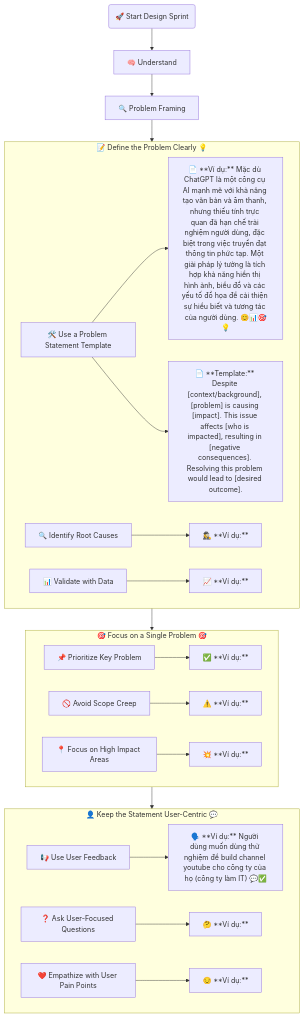
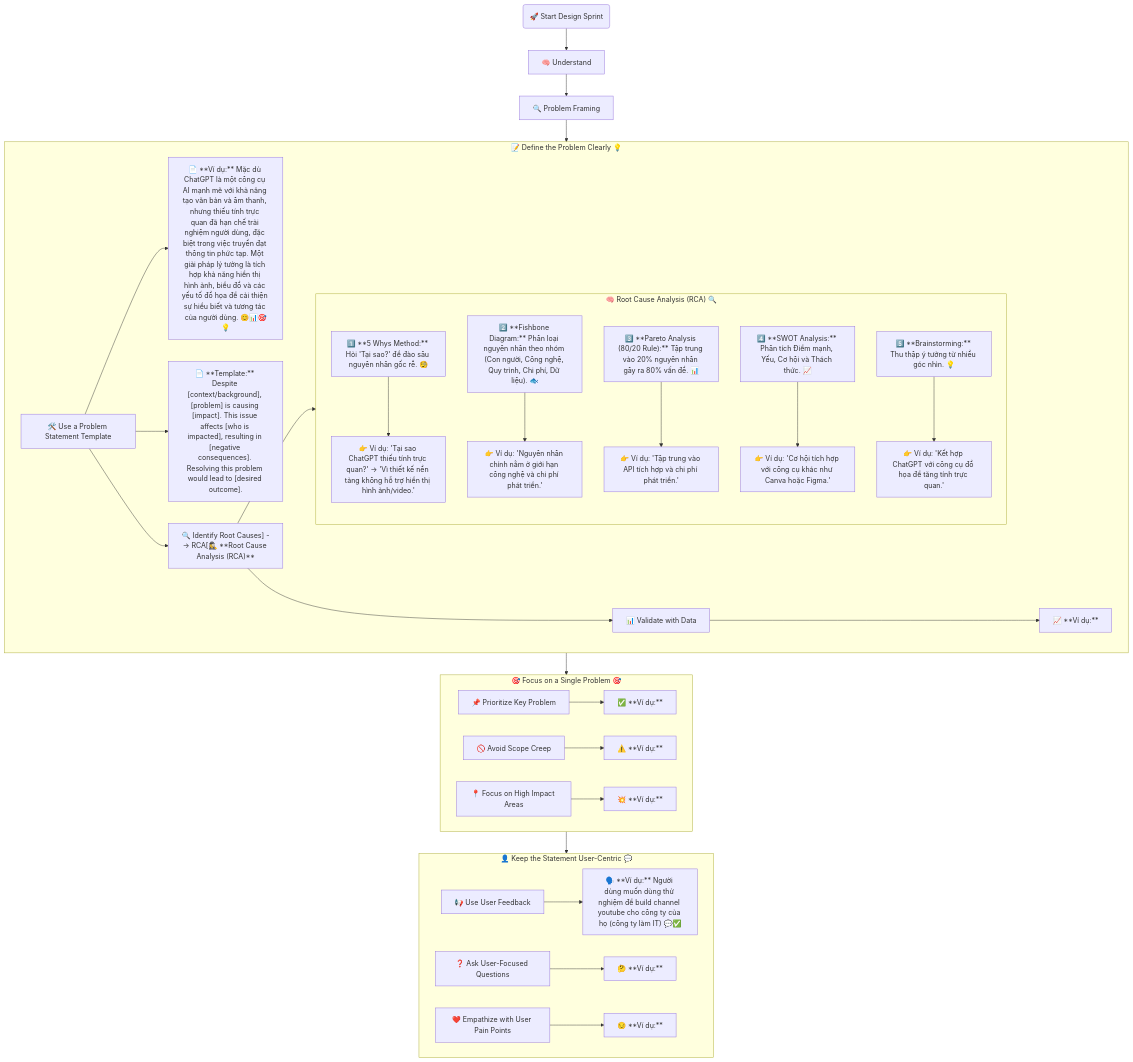
Before and after one commit to qtvhao/quickcurl: the diagram in docs/designsprintkit/phases/01-Understand/02-Understand-the-Problem/02-Problem-Framing/01-Map.mmd, drawn with Mermaid. The commit also changed 1 other file, not shown here.

Commit message:
Enhance problem framing documentation by adding Root Cause Analysis subgraph with methods and examples for clearer understanding

```diff
--- a/docs/designsprintkit/phases/01-Understand/02-Understand-the-Problem/02-Problem-Framing/01-Map.mmd
+++ b/docs/designsprintkit/phases/01-Understand/02-Understand-the-Problem/02-Problem-Framing/01-Map.mmd
@@ -1,30 +1,42 @@
 flowchart TD
 
     Design_Sprint(🚀 Start Design Sprint) --> Understand["🧠 Understand"]
 
     Understand --> Problem_Framing["🔍 Problem Framing"]
 
     %% Define the Problem Clearly
     subgraph A1[📝 Define the Problem Clearly 💡]
         B1[🛠️ Use a Problem Statement Template] --> E1["📄 **Ví dụ:** Mặc dù ChatGPT là một công cụ AI mạnh mẽ với khả năng tạo văn bản và âm thanh, nhưng thiếu tính trực quan đã hạn chế trải nghiệm người dùng, đặc biệt trong việc truyền đạt thông tin phức tạp. Một giải pháp lý tưởng là tích hợp khả năng hiển thị hình ảnh, biểu đồ và các yếu tố đồ họa để cải thiện sự hiểu biết và tương tác của người dùng. 😊📊🎯💡"]
         B1 --> E4["📄 **Template:** Despite [context/background], [problem] is causing [impact]. This issue affects [who is impacted], resulting in [negative consequences]. Resolving this problem would lead to [desired outcome]."]
-        B2[🔍 Identify Root Causes] --> E2["🕵️‍♀️ **Ví dụ:** "]
+        B2["🔍 Identify Root Causes] --> RCA[🕵️‍♀️ **Root Cause Analysis (RCA)**"]
+
+        subgraph RCA["🧠 Root Cause Analysis (RCA) 🔍"]
+            RCA1["1️⃣ **5 Whys Method:** Hỏi 'Tại sao?' để đào sâu nguyên nhân gốc rễ. 🧐"] --> RCAD1["👉 Ví dụ: 'Tại sao ChatGPT thiếu tính trực quan?' → 'Vì thiết kế nền tảng không hỗ trợ hiển thị hình ảnh/video.'"]
+            RCA2["2️⃣ **Fishbone Diagram:** Phân loại nguyên nhân theo nhóm (Con người, Công nghệ, Quy trình, Chi phí, Dữ liệu). 🐟"] --> RCAD2["👉 Ví dụ: 'Nguyên nhân chính nằm ở giới hạn công nghệ và chi phí phát triển.'"]
+            RCA3["3️⃣ **Pareto Analysis (80/20 Rule):** Tập trung vào 20% nguyên nhân gây ra 80% vấn đề. 📊"] --> RCAD3["👉 Ví dụ: 'Tập trung vào API tích hợp và chi phí phát triển.'"]
+            RCA4["4️⃣ **SWOT Analysis:** Phân tích Điểm mạnh, Yếu, Cơ hội và Thách thức. 📈"] --> RCAD4["👉 Ví dụ: 'Cơ hội tích hợp với công cụ khác như Canva hoặc Figma.'"]
+            RCA5["5️⃣ **Brainstorming:** Thu thập ý tưởng từ nhiều góc nhìn. 💡"] --> RCAD5["👉 Ví dụ: 'Kết hợp ChatGPT với công cụ đồ họa để tăng tính trực quan.'"]
+        end
+
         B3[📊 Validate with Data] --> E3["📈 **Ví dụ:** "]
     end
 
     %% Focus on a Single Problem
     subgraph A2[🎯 Focus on a Single Problem 🎯]
         C1[📌 Prioritize Key Problem] --> F1["✅ **Ví dụ:** "]
         C2[🚫 Avoid Scope Creep] --> F2["⚠️ **Ví dụ:** "]
         C3[📍 Focus on High Impact Areas] --> F3["💥 **Ví dụ:** "]
     end
 
     %% Keep the Statement User-Centric
     subgraph A3[👤 Keep the Statement User-Centric 💬]
         D1[📢 Use User Feedback] --> G1["🗣️ **Ví dụ:** Người dùng muốn dùng thử nghiệm để build channel youtube cho công ty của họ (công ty làm IT) 💬✅"]
         D2[❓ Ask User-Focused Questions] --> G2["🤔 **Ví dụ:** "]
         D3[❤️ Empathize with User Pain Points] --> G3["😔 **Ví dụ:** "]
     end
 
+    B1 --> B2 --> B3
+    B2 --> RCA
+
     %% Connect Subgraphs in Order
     Problem_Framing --> A1 --> A2 --> A3
```
